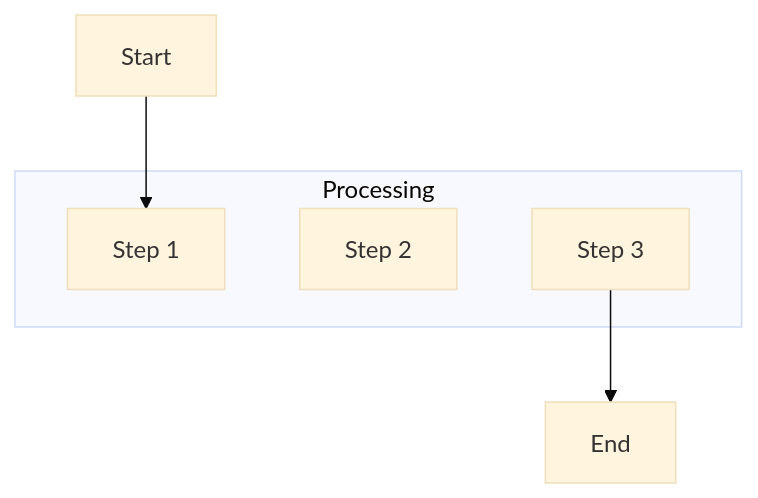
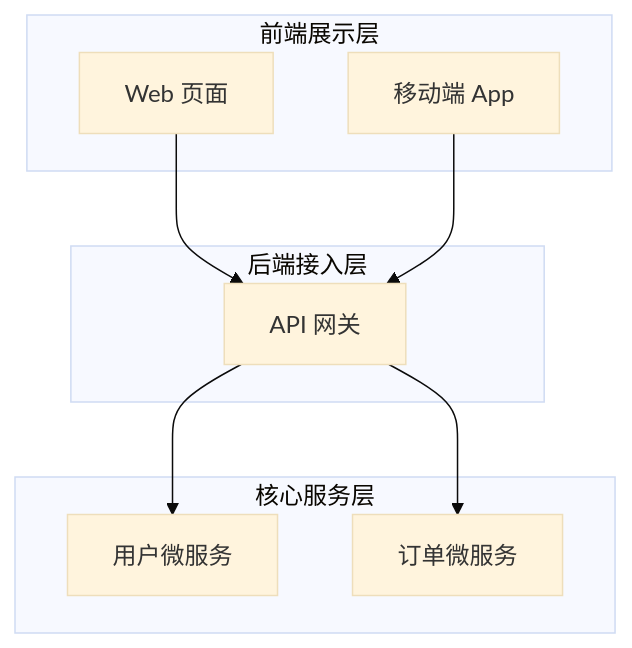
The third of 4 diagrams in skills/mermaid-diagrams/references/flowcharts.md (betterlmy/agent-skills), drawn with Mermaid (base theme) before and after one commit. The commit also changed other lines of this file and 46 other files, not shown here.

````diff
--- a/skills/mermaid-diagrams/references/flowcharts.md
+++ b/skills/mermaid-diagrams/references/flowcharts.md
@@ -143,15 +54,21 @@
 ```mermaid
 flowchart TB
-    A[Start]
-    
-    subgraph Processing
-        B[Step 1]
-        C[Step 2]
-        D[Step 3]
+    subgraph 前端展示层
+        A[Web 页面]
+        B[移动端 App]
     end
-    
-    E[End]
-    
-    A --> B
-    D --> E
+
+    subgraph 后端接入层
+        C[API 网关]
+    end
+
+    subgraph 核心服务层
+        D[用户微服务]
+        E[订单微服务]
+    end
+
+    A --> C
+    B --> C
+    C --> D
+    C --> E
 ```
````
